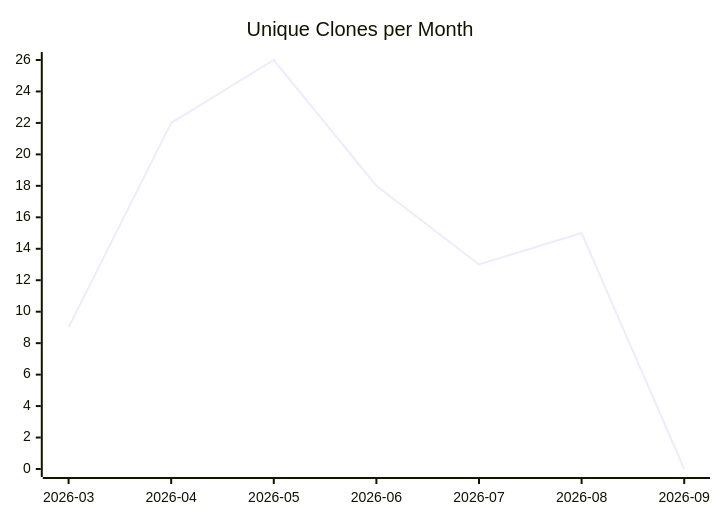
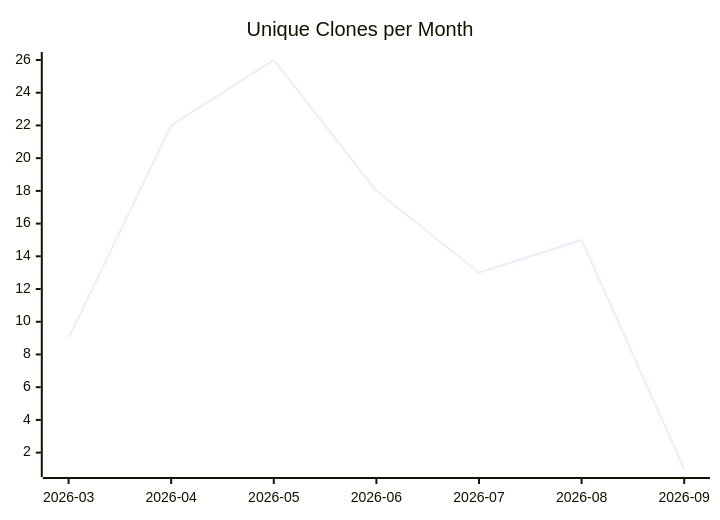
One commit to justdavis-family/github-analytics-data changed the third of 3 diagrams in karlmdavis/lego-ev3dev-rs/README.md. Above: the diagram before and after it, drawn with Mermaid. The commit also changed other lines of this file and 191 other files, not shown here.

````diff
--- a/karlmdavis/lego-ev3dev-rs/README.md
+++ b/karlmdavis/lego-ev3dev-rs/README.md
@@ -19,6 +19,6 @@
 ```mermaid
 xychart-beta
   title "Unique Clones per Month"
   x-axis ["2026-03", "2026-04", "2026-05", "2026-06", "2026-07", "2026-08", "2026-09"]
-  line [9, 22, 26, 18, 13, 15, 0]
+  line [9, 22, 26, 18, 13, 15, 1]
 ```
````
